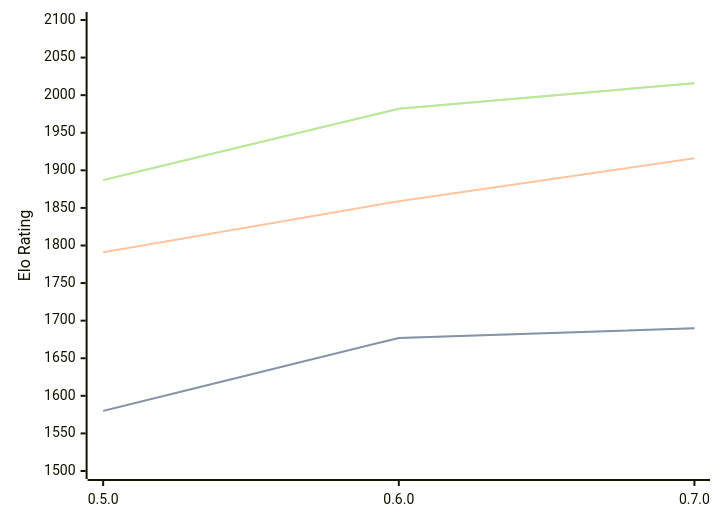
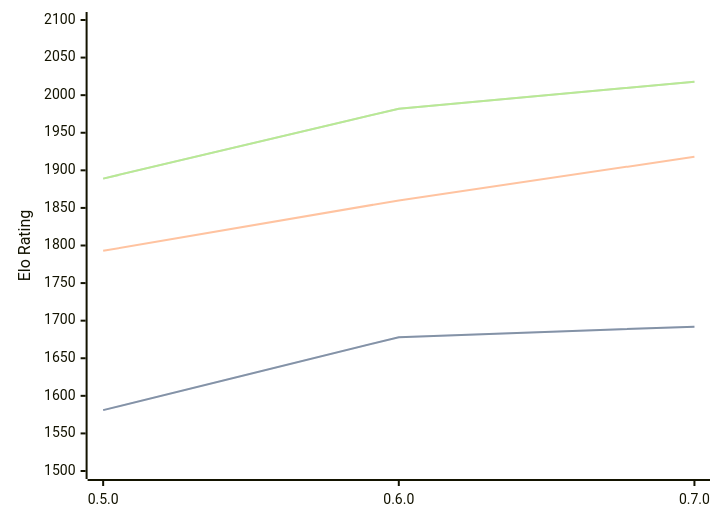
One commit to computer-chess-index/cci changed the diagram in engines/Chess-rs.md. Above: the diagram before and after it, drawn with Mermaid. The commit also changed other lines of this file, not shown here.

Commit message:
Update CCI Ratings (ELO VLTC) - 2026-08-26

````diff
--- a/engines/Chess-rs.md
+++ b/engines/Chess-rs.md
@@ -33,11 +33,11 @@
 ```mermaid
 %%{init: {"theme":"base","themeVariables":{"seriesColors:['#a3a3a3','#222221','#faa371']}}}%%
 xychart-beta
   x-axis ["0.5.0", "0.6.0", "0.7.0"]
   y-axis "Elo Rating" 1500 --> 2100
-  line "STC (8.0+0.08s)" [1580, 1677, 1690]
-  line "STC (8.0+0.08s)" [1580, 1677, 1690]
-  line "LTC (60.0+0.60s)" [1791, 1859, 1916]
-  line "VLTC (2m24s+1.12s)" [1887, 1982, 2016]
-  line "VLTC (2m24s+1.12s)" [1887, 1982, 2016]
+  line "STC (8.0+0.08s)" [1581, 1678, 1692]
+  line "STC (8.0+0.08s)" [1581, 1678, 1692]
+  line "LTC (60.0+0.60s)" [1793, 1860, 1918]
+  line "VLTC (2m24s+1.12s)" [1889, 1982, 2018]
+  line "VLTC (2m24s+1.12s)" [1889, 1982, 2018]
 ```
````
